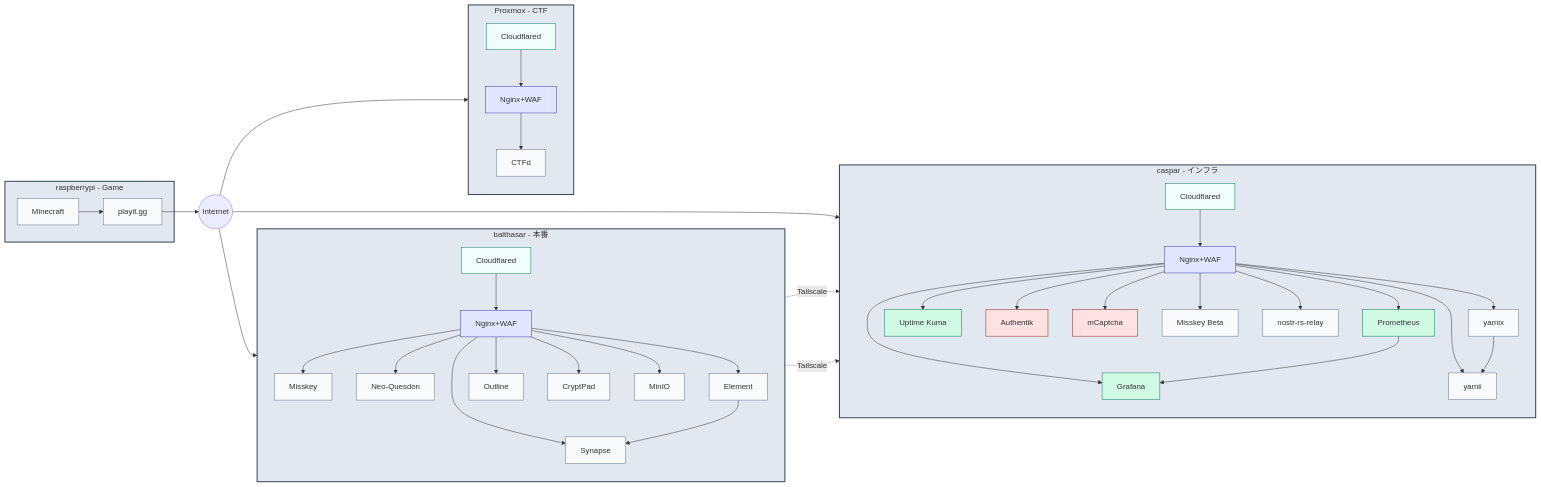
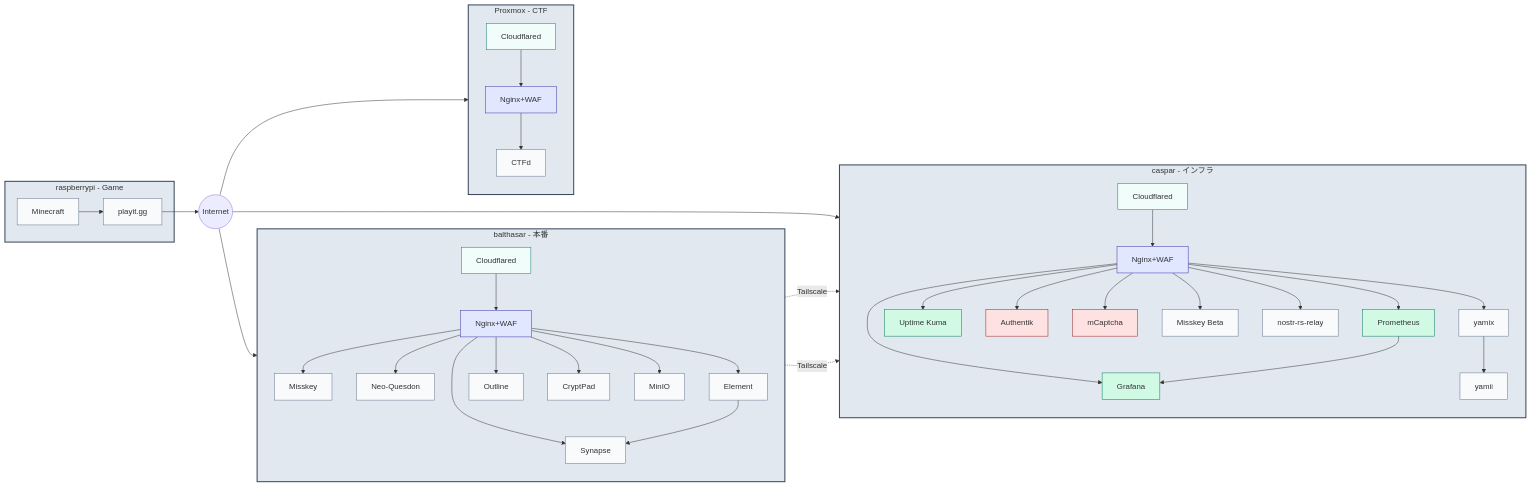
Before and after one commit to yamisskey-dev/yamisskey-host: the first of 5 diagrams in README.md, drawn with Mermaid.

Commit message:
Fix yamii connection: internal API not exposed via nginx

````diff
--- a/README.md
+++ b/README.md
@@ -5,60 +5,59 @@
 ```mermaid
 graph LR
     classDef server fill:#e2e8f0,stroke:#334155,stroke-width:2px
     classDef cf fill:#f0fdfa,stroke:#0f766e
     classDef proxy fill:#e0e7ff,stroke:#3730a3
     classDef sec fill:#fee2e2,stroke:#991b1b
     classDef mon fill:#d1fae5,stroke:#047857
     classDef svc fill:#f8fafc,stroke:#64748b
 
     internet((Internet))
 
     subgraph balthasar[balthasar - 本番]
         direction TB
         cf_b[Cloudflared]:::cf --> nginx_b[Nginx+WAF]:::proxy
 
         nginx_b --> misskey[Misskey]:::svc
         nginx_b --> neoquesdon[Neo-Quesdon]:::svc
         nginx_b --> synapse[Synapse]:::svc
         nginx_b --> element[Element]:::svc
         nginx_b --> outline[Outline]:::svc
         nginx_b --> cryptpad[CryptPad]:::svc
         nginx_b --> minio[MinIO]:::svc
     end
 
     subgraph caspar[caspar - インフラ]
         direction TB
         cf_c[Cloudflared]:::cf --> nginx_c[Nginx+WAF]:::proxy
 
         nginx_c --> prometheus[Prometheus]:::mon
         nginx_c --> grafana[Grafana]:::mon
         nginx_c --> uptime[Uptime Kuma]:::mon
         nginx_c --> authentik[Authentik]:::sec
         nginx_c --> mcaptcha[mCaptcha]:::sec
         nginx_c --> misskey_beta[Misskey Beta]:::svc
         nginx_c --> nostr[nostr-rs-relay]:::svc
         nginx_c --> yamix[yamix]:::svc
-        nginx_c --> yamii[yamii]:::svc
-        yamix --> yamii
+        yamix --> yamii[yamii]:::svc
     end
 
     subgraph rpi[raspberrypi - Game]
         minecraft[Minecraft]:::svc --> playig[playit.gg]:::svc
     end
 
     subgraph proxmox[Proxmox - CTF]
         direction TB
         cf_p[Cloudflared]:::cf --> nginx_p[Nginx+WAF]:::proxy
         nginx_p --> ctfd[CTFd]:::svc
     end
 
     internet --> cf_b & cf_c & cf_p
     playig --> internet
 
     misskey -.->|Tailscale| mcaptcha
     outline -.->|Tailscale| authentik
     element --> synapse
     prometheus --> grafana
 
     class balthasar,caspar,rpi,proxmox server
 ```
````
